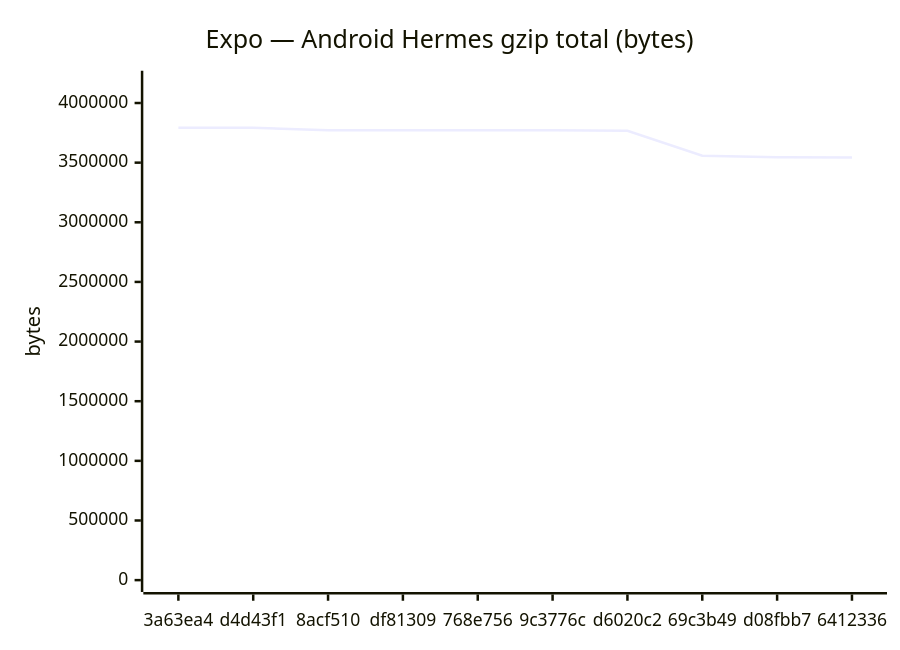
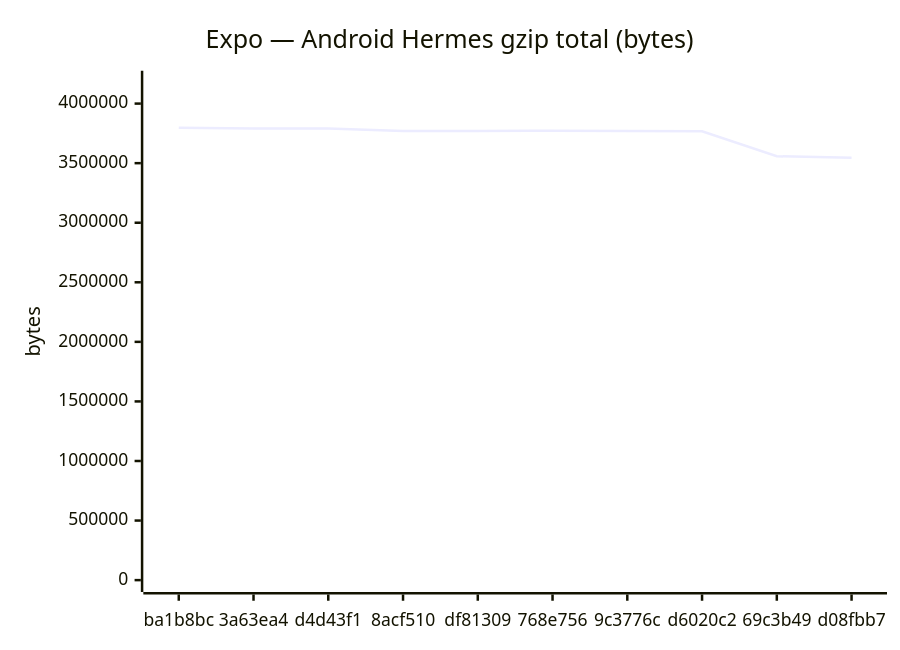
One commit to Metaheurist/Rianell changed the fifth of 18 diagrams in benchmarks/compare.md. Above: the diagram before and after it, drawn with Mermaid. The commit also changed other lines of this file and 11 other files, not shown here.

````diff
--- a/benchmarks/compare.md
+++ b/benchmarks/compare.md
@@ -89,7 +89,7 @@
 ```mermaid
 xychart-beta
     title "Expo — Android Hermes gzip total (bytes)"
-    x-axis ["3a63ea4", "d4d43f1", "8acf510", "df81309", "768e756", "9c3776c", "d6020c2", "69c3b49", "d08fbb7", "6412336"]
-    y-axis "bytes" 0 --> 4170888
-    line [3791714, 3791716, 3770636, 3770634, 3771343, 3770634, 3767812, 3557908, 3544463, 3543472]
+    x-axis ["ba1b8bc", "3a63ea4", "d4d43f1", "8acf510", "df81309", "768e756", "9c3776c", "d6020c2", "69c3b49", "d08fbb7"]
+    y-axis "bytes" 0 --> 4176016
+    line [3796378, 3791714, 3791716, 3770636, 3770634, 3771343, 3770634, 3767812, 3557908, 3544463]
 ```
````
